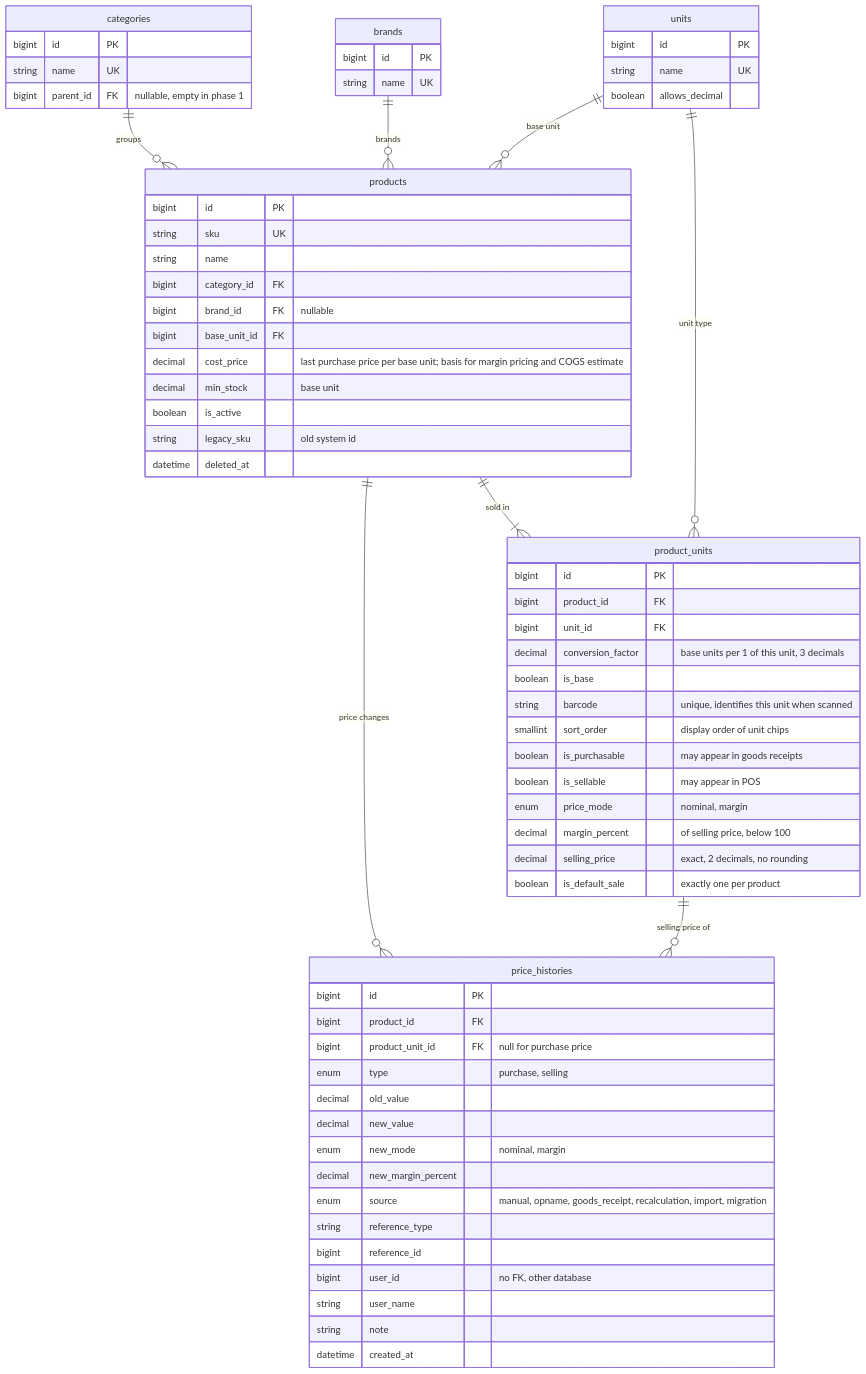
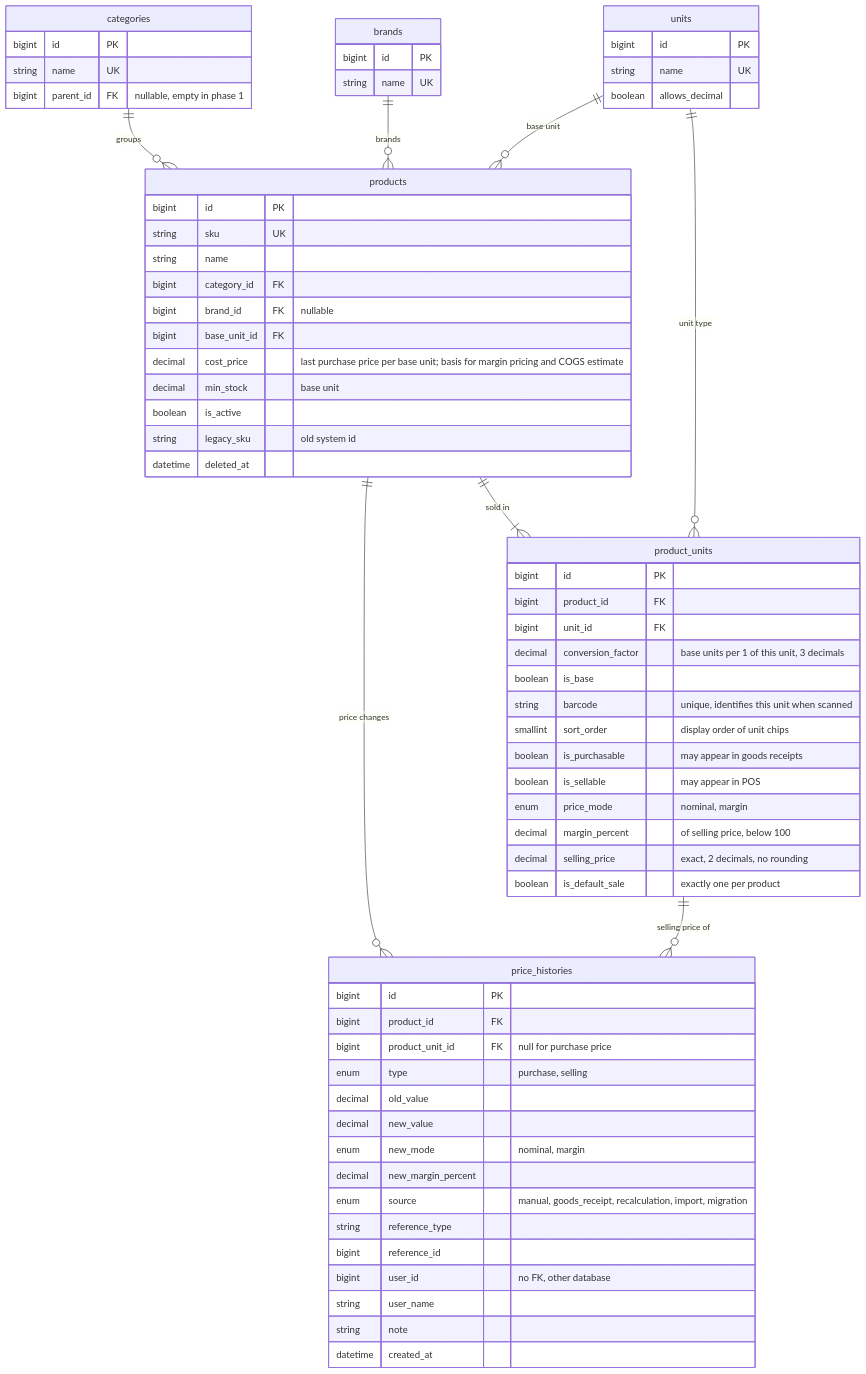
Diagram 21 of 28 in docs/analisis-sistem.md (aliefpraditya/store-management), drawn with Mermaid before and after one commit. The commit also changed other lines of this file and 118 other files, not shown here.

````diff
--- a/docs/analisis-sistem.md
+++ b/docs/analisis-sistem.md
@@ -954,70 +989,70 @@
 ```mermaid
 erDiagram
     categories ||--o{ products : "groups"
     brands ||--o{ products : "brands"
     units ||--o{ products : "base unit"
     products ||--|{ product_units : "sold in"
     units ||--o{ product_units : "unit type"
     products ||--o{ price_histories : "price changes"
     product_units ||--o{ price_histories : "selling price of"
 
     products {
         bigint id PK
         string sku UK
         string name
         bigint category_id FK
         bigint brand_id FK "nullable"
         bigint base_unit_id FK
         decimal cost_price "last purchase price per base unit; basis for margin pricing and COGS estimate"
         decimal min_stock "base unit"
         boolean is_active
         string legacy_sku "old system id"
         datetime deleted_at
     }
     product_units {
         bigint id PK
         bigint product_id FK
         bigint unit_id FK
         decimal conversion_factor "base units per 1 of this unit, 3 decimals"
         boolean is_base
         string barcode "unique, identifies this unit when scanned"
         smallint sort_order "display order of unit chips"
         boolean is_purchasable "may appear in goods receipts"
         boolean is_sellable "may appear in POS"
         enum price_mode "nominal, margin"
         decimal margin_percent "of selling price, below 100"
         decimal selling_price "exact, 2 decimals, no rounding"
         boolean is_default_sale "exactly one per product"
     }
     price_histories {
         bigint id PK
         bigint product_id FK
         bigint product_unit_id FK "null for purchase price"
         enum type "purchase, selling"
         decimal old_value
         decimal new_value
         enum new_mode "nominal, margin"
         decimal new_margin_percent
-        enum source "manual, opname, goods_receipt, recalculation, import, migration"
+        enum source "manual, goods_receipt, recalculation, import, migration"
         string reference_type
         bigint reference_id
         bigint user_id "no FK, other database"
         string user_name
         string note
         datetime created_at
     }
     categories {
         bigint id PK
         string name UK
         bigint parent_id FK "nullable, empty in phase 1"
     }
     brands {
         bigint id PK
         string name UK
     }
     units {
         bigint id PK
         string name UK
         boolean allows_decimal
     }
 ```
````
